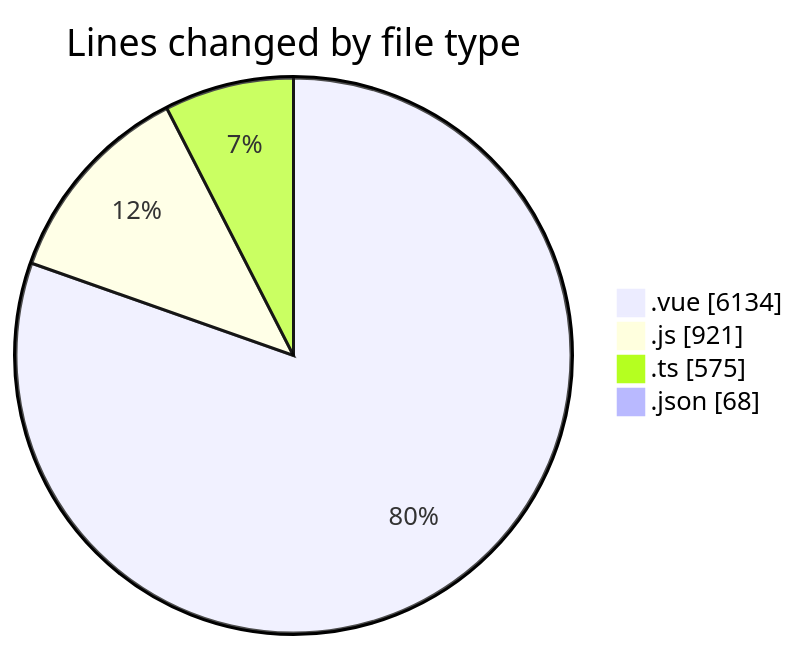
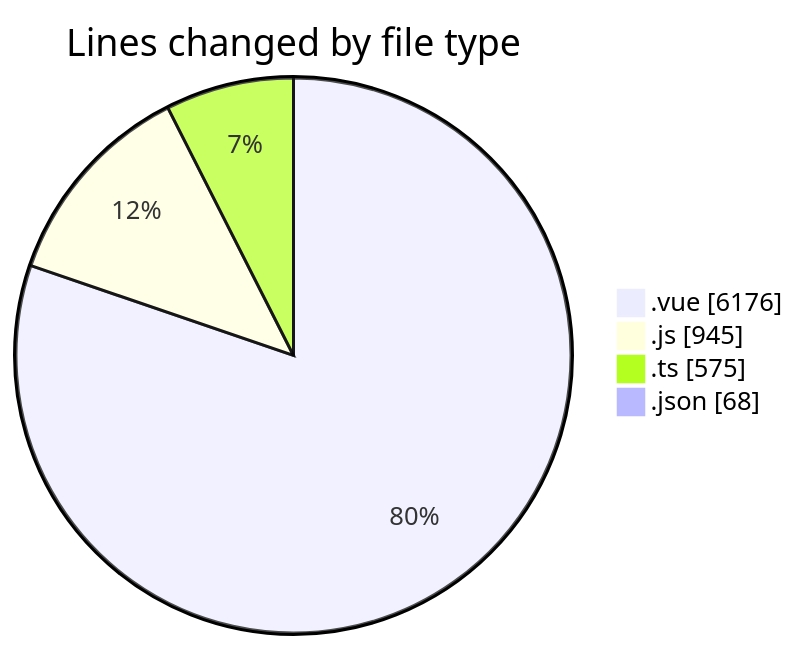
Before and after one commit to lephambinh05/code-tracking: the first of 2 diagrams in 2025-08-12/rentotp/README.md, drawn with Mermaid. The commit also changed other lines of this file and 1 other file, not shown here.

````diff
--- a/2025-08-12/rentotp/README.md
+++ b/2025-08-12/rentotp/README.md
@@ -41,8 +41,8 @@
 ```mermaid
 pie showData
 title Lines changed by file type
-".vue" : 6134
-".js" : 921
+".vue" : 6176
+".js" : 945
 ".ts" : 575
 ".json" : 68
 ```
````
